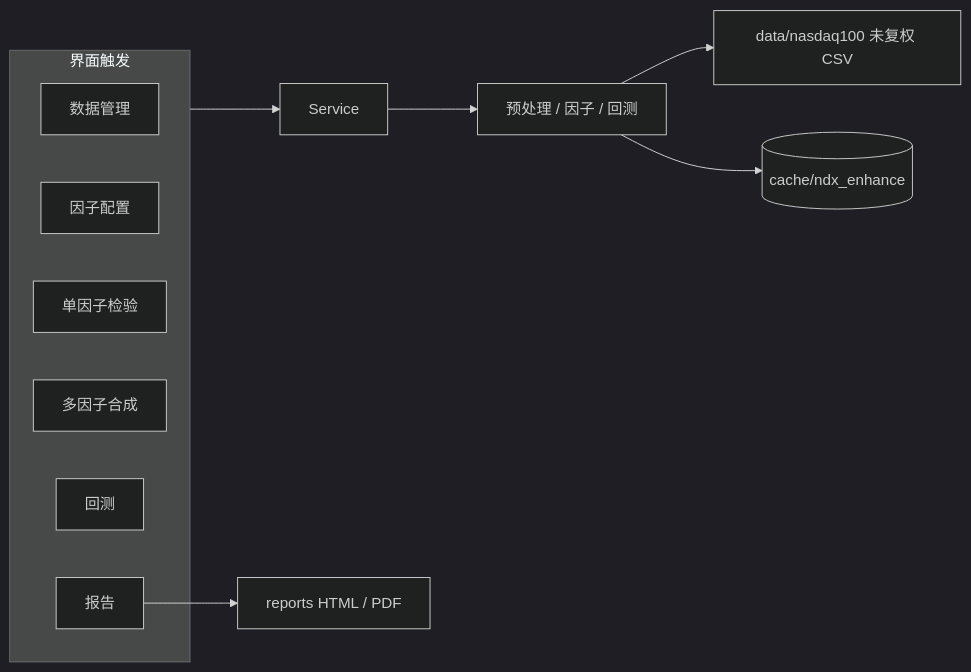
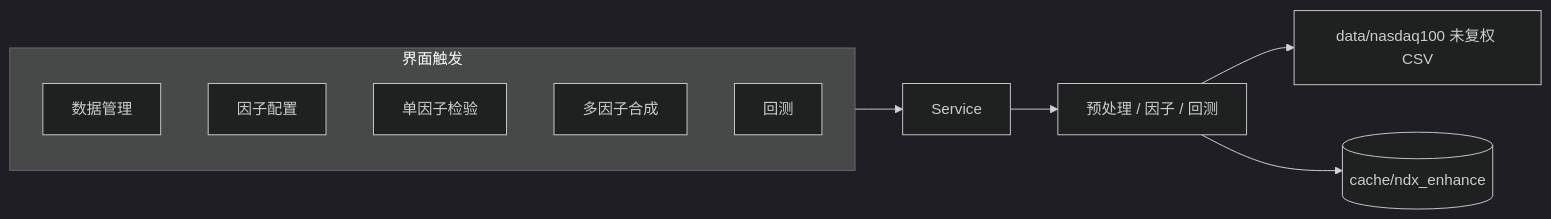
One commit to zixifang/QT-main changed the diagram in docs/搭建说明.md. Above: the diagram before and after it, drawn with Mermaid (dark theme). The commit also changed other lines of this file and 250 other files, not shown here.

````diff
--- a/docs/搭建说明.md
+++ b/docs/搭建说明.md
@@ -13,16 +13,14 @@
 ```mermaid
 flowchart LR
   subgraph ui [界面触发]
     A[数据管理]
     B[因子配置]
     C[单因子检验]
     D[多因子合成]
     E[回测]
-    F[报告]
   end
   ui --> S[Service]
   S --> P[预处理 / 因子 / 回测]
   P --> CSV[data/nasdaq100 未复权 CSV]
   P --> Cache[(cache/ndx_enhance)]
-  F --> R[reports HTML / PDF]
 ```
````
